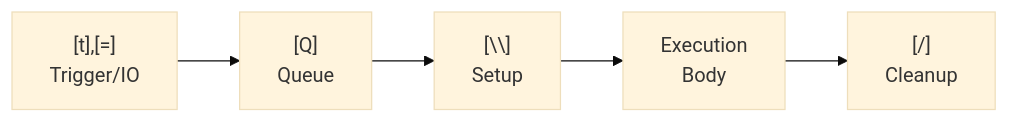
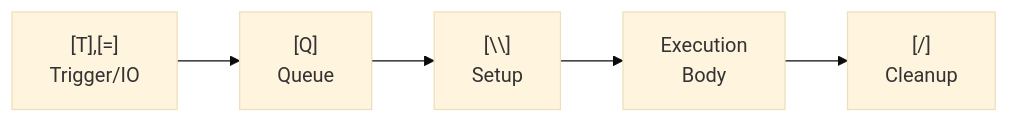
Before and after one commit to hasan-alj88/Polyglot: the first of 2 diagrams in docs/user/concepts/pipelines/wrappers.md, drawn with Mermaid (base theme). The commit also changed other lines of this file and 95 other files, not shown here.

````diff
--- a/docs/user/concepts/pipelines/wrappers.md
+++ b/docs/user/concepts/pipelines/wrappers.md
@@ -32,10 +32,10 @@
 ```mermaid
 flowchart LR
-    TIO["[t],[=]\nTrigger/IO"]
+    TIO["[T],[=]\nTrigger/IO"]
     Q["[Q]\nQueue"]
     S["[\\]\nSetup"]
     EB["Execution\nBody"]
     C["[/]\nCleanup"]
 
     TIO --> Q --> S --> EB --> C
 ```
````
